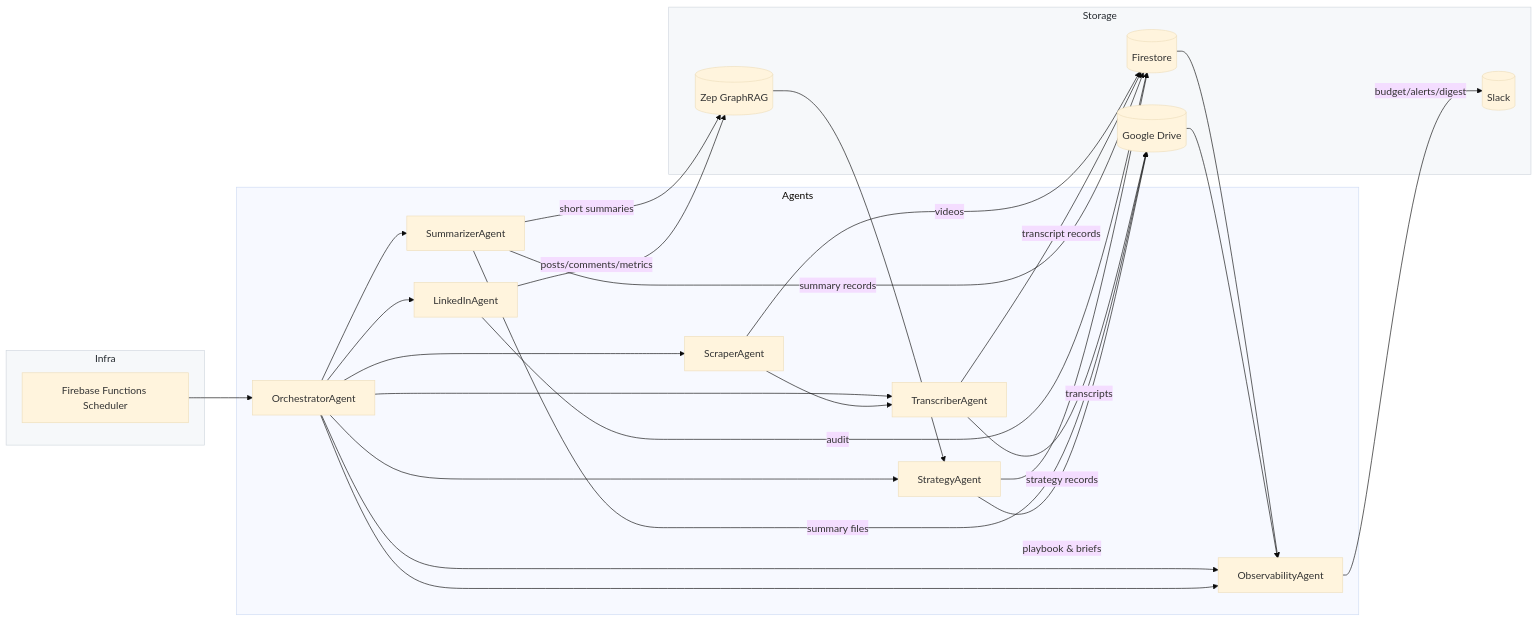
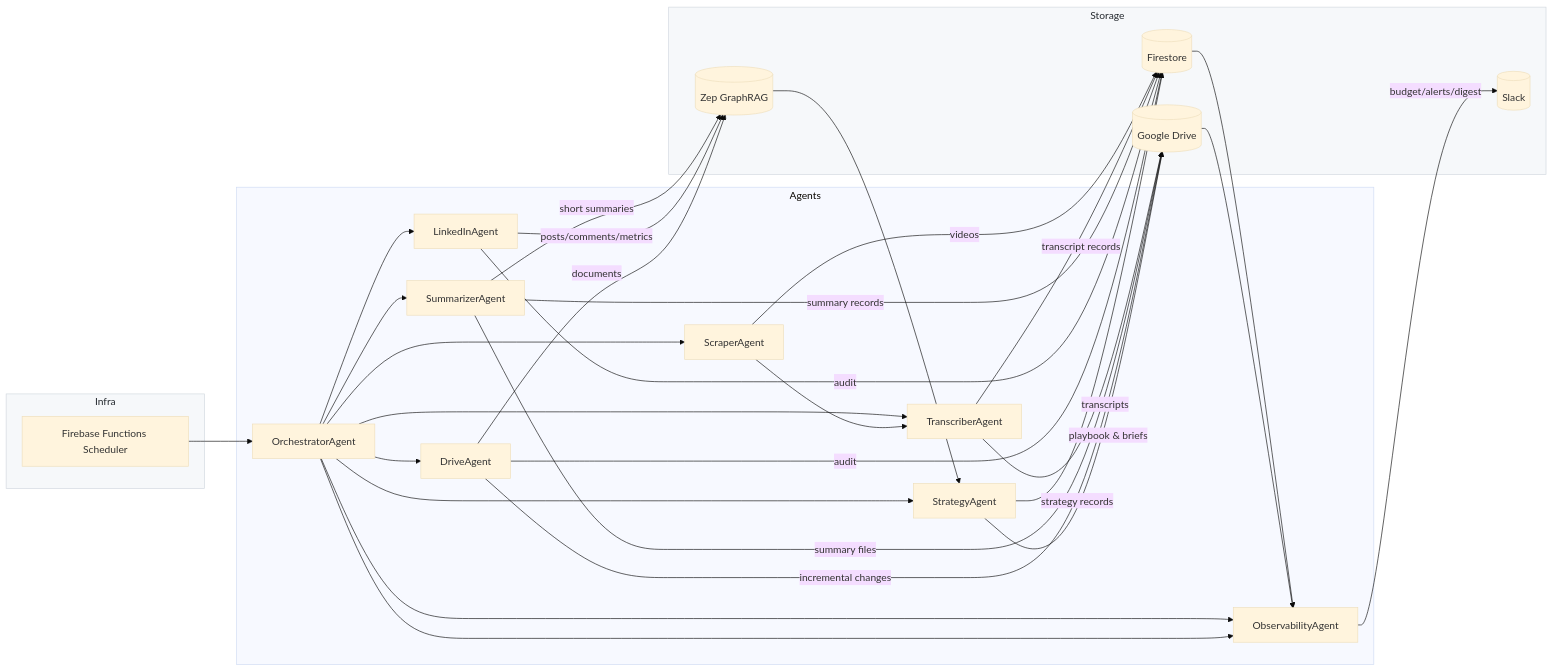
The diagram in autopiloot/docs/charts/agency_overview.md (raynmakers/autopiloot-agents), drawn with Mermaid (base theme) before and after one commit. The commit also changed 4 other files, not shown here.

````diff
--- a/autopiloot/docs/charts/agency_overview.md
+++ b/autopiloot/docs/charts/agency_overview.md
@@ -3,60 +3,67 @@
 ```mermaid
 flowchart LR
   subgraph Infra
     FCF[Firebase Functions Scheduler]
   end
 
   subgraph Agents
     ORC[OrchestratorAgent]
     SCR[ScraperAgent]
     TRN[TranscriberAgent]
     SUM[SummarizerAgent]
     OBS[ObservabilityAgent]
     LIN[LinkedInAgent]
     STR[StrategyAgent]
+    DRV[DriveAgent]
   end
 
   subgraph Storage
     FS[(Firestore)]
     GD[(Google Drive)]
     ZEP[(Zep GraphRAG)]
     SLK[(Slack)]
   end
 
   %% Scheduling & CEO control
   FCF --> ORC
   ORC --> SCR
   ORC --> TRN
   ORC --> SUM
   ORC --> OBS
   ORC --> LIN
   ORC --> STR
+  ORC --> DRV
 
   %% Core YouTube pipeline
   SCR -- videos --> FS
   SCR --> TRN
   TRN -- transcripts --> GD
   TRN -- transcript records --> FS
   SUM -- short summaries --> ZEP
   SUM -- summary files --> GD
   SUM -- summary records --> FS
 
   %% LinkedIn ingestion
   LIN -- posts/comments/metrics --> ZEP
   LIN -- audit --> FS
 
-  %% Strategy analysis over LinkedIn corpus
+  %% Drive content ingestion
+  DRV -- incremental changes --> GD
+  DRV -- documents --> ZEP
+  DRV -- audit --> FS
+
+  %% Strategy analysis over all content sources
   ZEP --> STR
   STR -- playbook & briefs --> GD
   STR -- strategy records --> FS
 
   %% Observability & notifications
   FS --> OBS
   GD --> OBS
   ORC --> OBS
   OBS -- budget/alerts/digest --> SLK
 
   %% Daily times (implicit via FCF config)
   classDef dim fill:#f6f8fa,stroke:#d0d7de,color:#24292e;
   class Infra,Storage dim;
 ```
````
